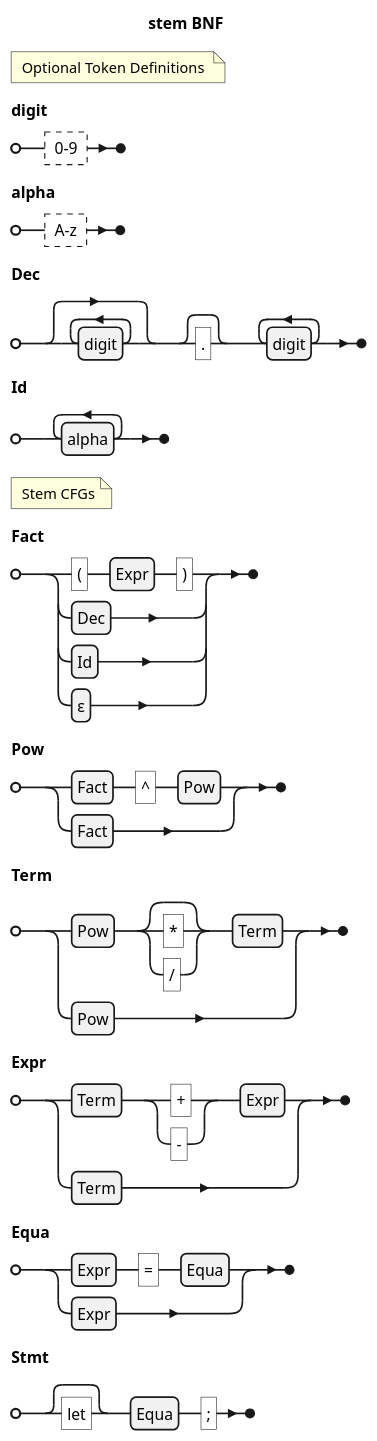
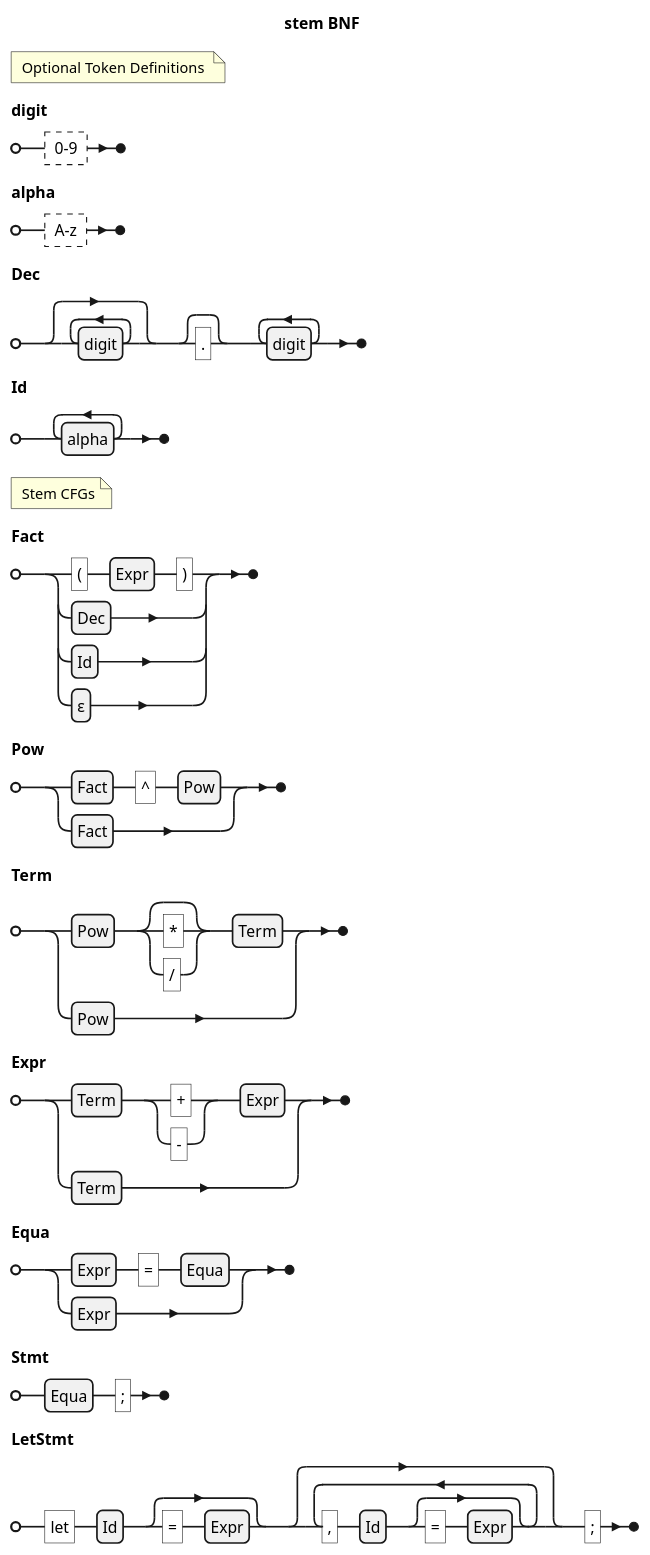
One commit to CSaintos/Mua changed the first of 5 diagrams in .devcontainer/grammar.md. Above: the diagram before and after it, drawn with PlantUML. The commit also changed 13 other files, not shown here.

````diff
--- a/.devcontainer/grammar.md
+++ b/.devcontainer/grammar.md
@@ -3,21 +3,22 @@
 ```plantuml
 @startebnf stem EBNF
 'https://plantuml.com/ebnf
 title stem BNF
 
 (* Optional Token Definitions *)
 digit = ? 0-9 ?;
 alpha = ? A-z ?;
 Dec = {digit}, ["."], {digit}-;
 Id = {alpha}-;
 
 (* Stem CFGs*)
 Fact = ("(", Expr, ")") | Dec | Id | ε;
 Pow = Fact, "^", Pow | Fact;
 Term = Pow, ["*" | "/"], Term | Pow;
 Expr = Term, ("+" | "-"), Expr | Term;
 Equa = Expr, "=", Equa | Expr;
-Stmt = ["let"], Equa, ";";
+Stmt = Equa, ";";
+LetStmt = "let", Id, ["=", Expr], {",", Id, ["=", Expr]}, ";";
 
 @endebnf
 ```
````
